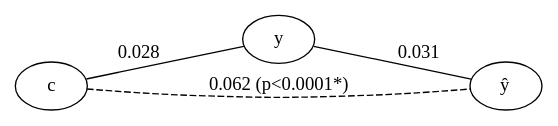
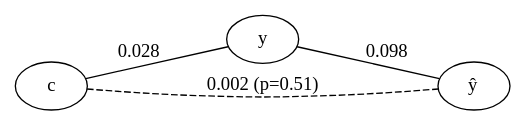
The diagram in fig/raw/emp_abide_motion_reg_partial.dot (pni-lab/mlconfound-manuscript), drawn with Graphviz before and after one commit. The commit also changed 143 other files, not shown here.

```diff
--- a/fig/raw/emp_abide_motion_reg_partial.dot
+++ b/fig/raw/emp_abide_motion_reg_partial.dot
@@ -1,9 +1,9 @@
 graph {
 	rankdir=LR
 	c [label=c]
 	y [label=y]
 	yhat [label=<y&#770;>]
-	c -- yhat [label="0.062 (p<0.0001*)" style=dashed]
+	c -- yhat [label="0.002 (p=0.51)" style=dashed]
 	c -- y [label=0.028]
-	y -- yhat [label=0.031]
+	y -- yhat [label=0.098]
 }
```
